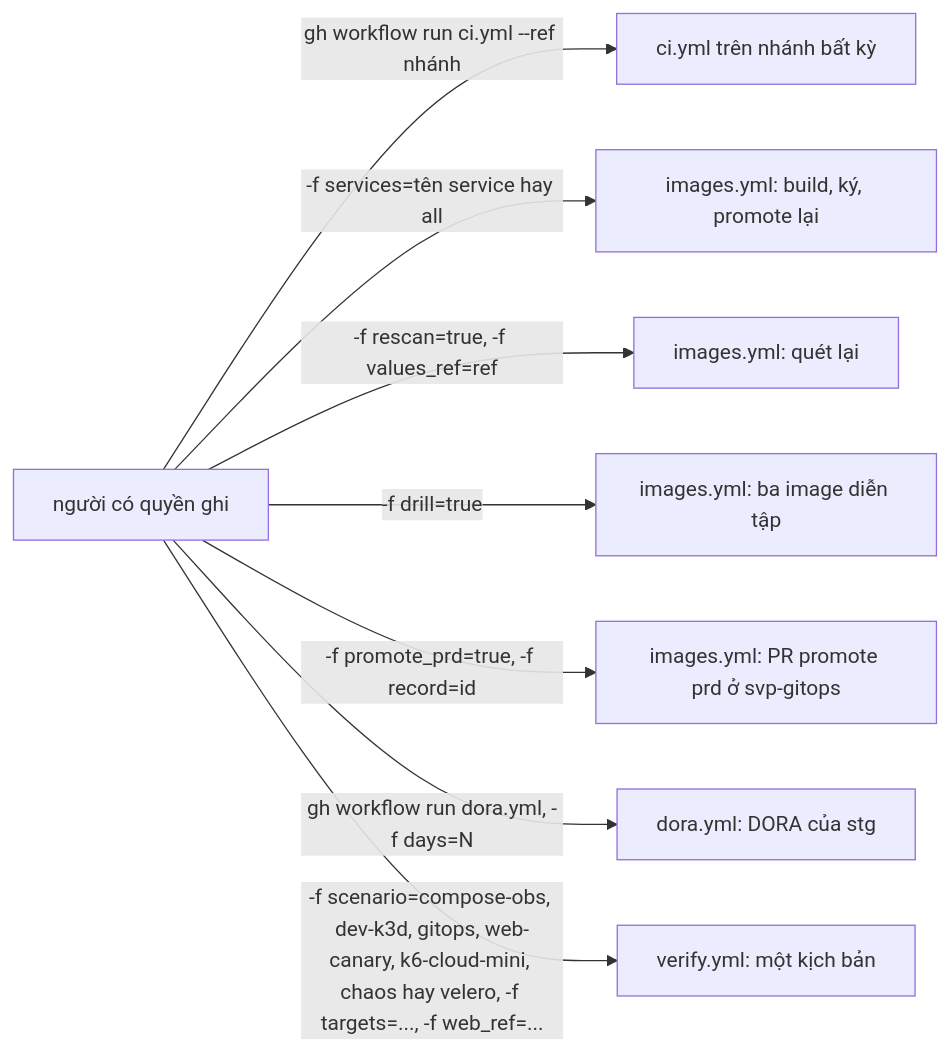
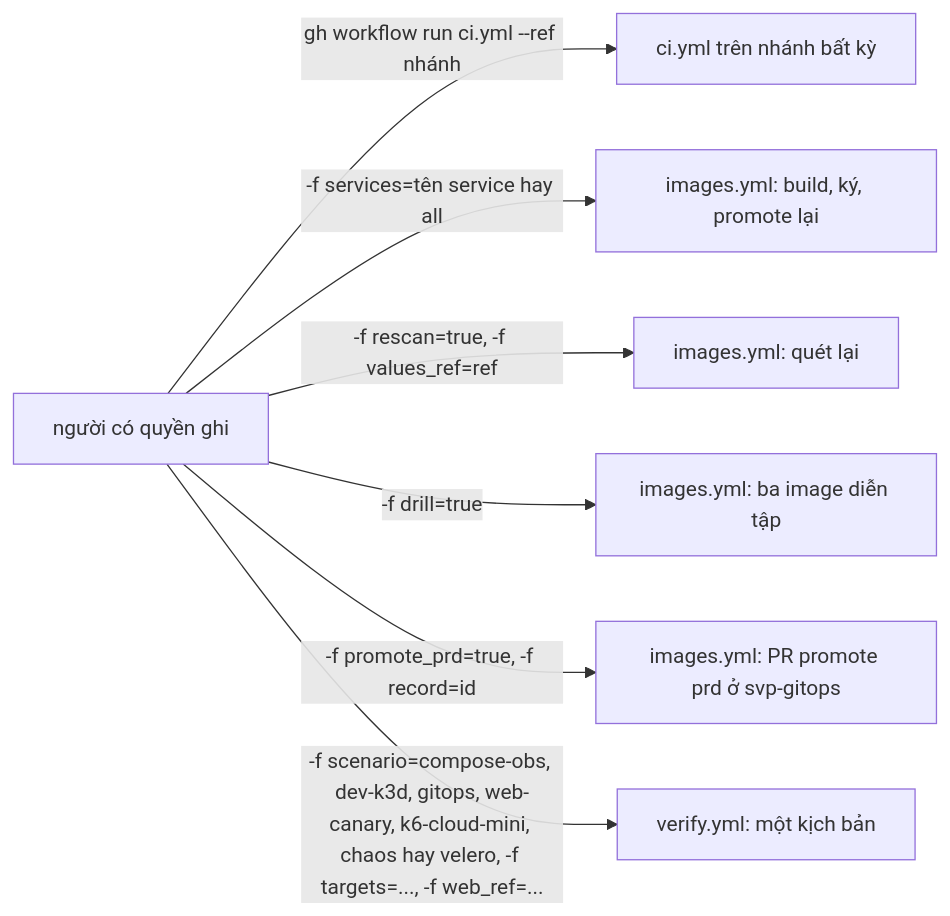
The fourth of 5 diagrams in docs/ci-cd.md (anhnvcoder/svp-backend), drawn with Mermaid before and after one commit. The commit also changed other lines of this file and 24 other files, not shown here.

````diff
--- a/docs/ci-cd.md
+++ b/docs/ci-cd.md
@@ -121,11 +121,10 @@
 ```mermaid
 flowchart LR
     who["người có quyền ghi"]
     who -->|"gh workflow run ci.yml --ref nhánh"| ci["ci.yml trên nhánh bất kỳ"]
     who -->|"-f services=tên service hay all"| b["images.yml: build, ký, promote lại"]
     who -->|"-f rescan=true, -f values_ref=ref"| r["images.yml: quét lại"]
     who -->|"-f drill=true"| d["images.yml: ba image diễn tập"]
     who -->|"-f promote_prd=true, -f record=id"| p["images.yml: PR promote prd ở svp-gitops"]
-    who -->|"gh workflow run dora.yml, -f days=N"| m["dora.yml: DORA của stg"]
     who -->|"-f scenario=compose-obs, dev-k3d, gitops, web-canary, k6-cloud-mini, chaos hay velero, -f targets=..., -f web_ref=..."| v["verify.yml: một kịch bản"]
 ```
````
